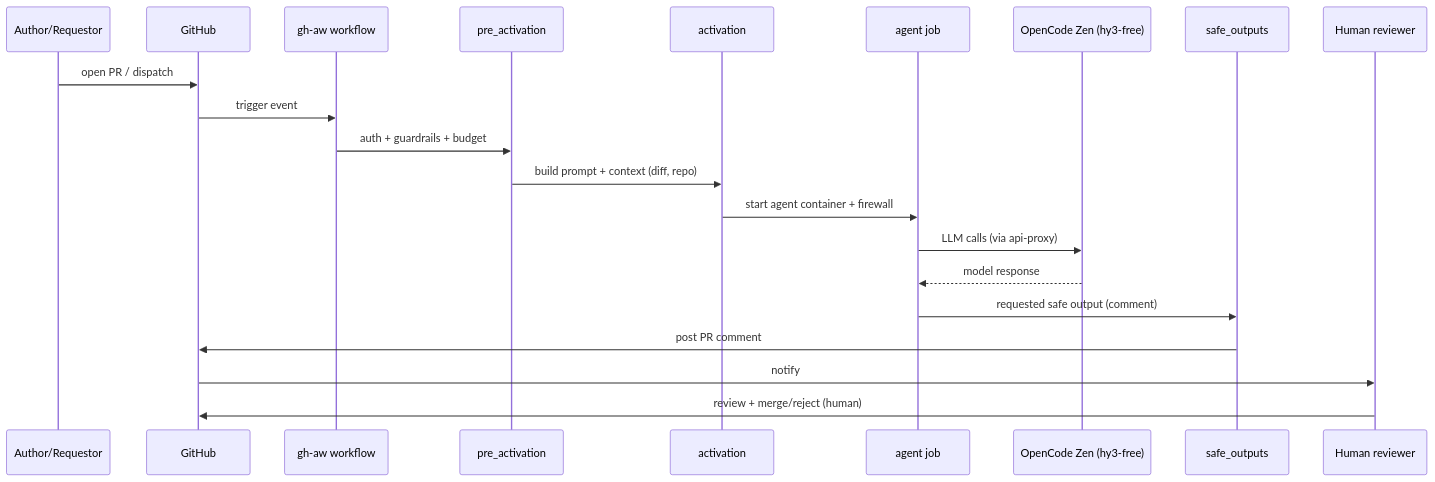
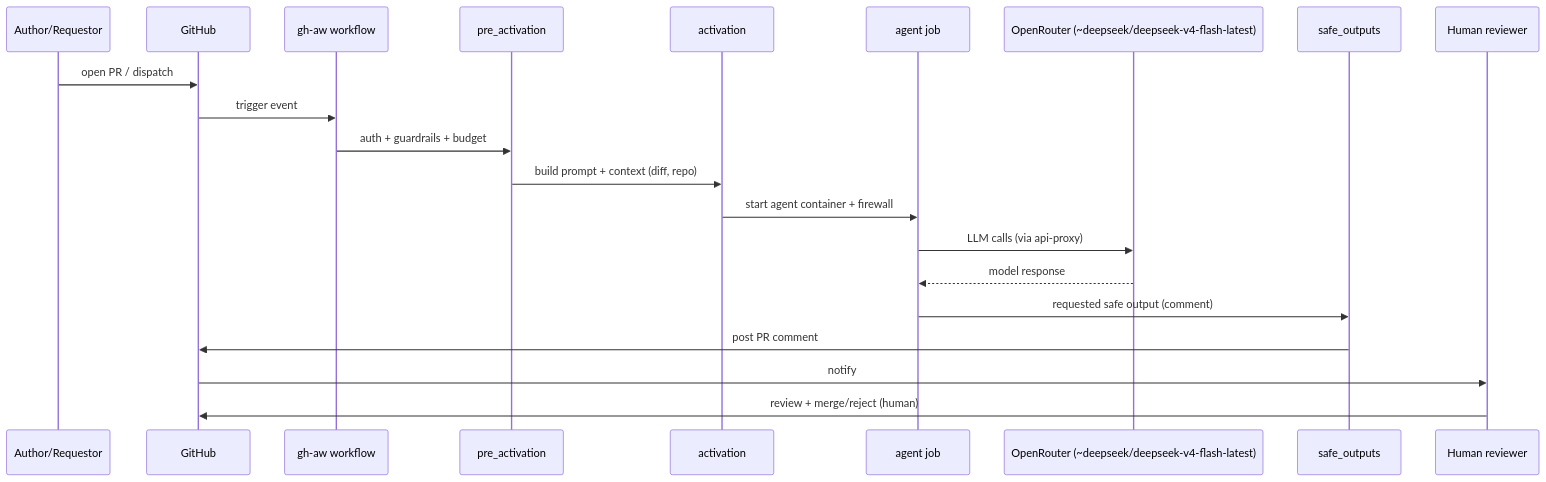
The third of 4 diagrams in docs/agentic-workflows/architecture.md (lorenzogirardi/fastapi-testapp), drawn with Mermaid before and after one commit. The commit also changed other lines of this file and 14 other files, not shown here.

First line of the commit message:
gh-aw: switch LLM provider from OpenCode Zen to OpenRouter

````diff
--- a/docs/agentic-workflows/architecture.md
+++ b/docs/agentic-workflows/architecture.md
@@ -107,24 +108,24 @@
 ```mermaid
 sequenceDiagram
   participant U as Author/Requestor
   participant GH as GitHub
   participant WF as gh-aw workflow
   participant PA as pre_activation
   participant AC as activation
   participant AG as agent job
-  participant Z as OpenCode Zen (hy3-free)
+  participant Z as OpenRouter (~deepseek/deepseek-v4-flash-latest)
   participant SO as safe_outputs
   participant R as Human reviewer
 
   U->>GH: open PR / dispatch
   GH->>WF: trigger event
   WF->>PA: auth + guardrails + budget
   PA->>AC: build prompt + context (diff, repo)
   AC->>AG: start agent container + firewall
   AG->>Z: LLM calls (via api-proxy)
   Z-->>AG: model response
   AG->>SO: requested safe output (comment)
   SO->>GH: post PR comment
   GH->>R: notify
   R->>GH: review + merge/reject (human)
 ```
````
